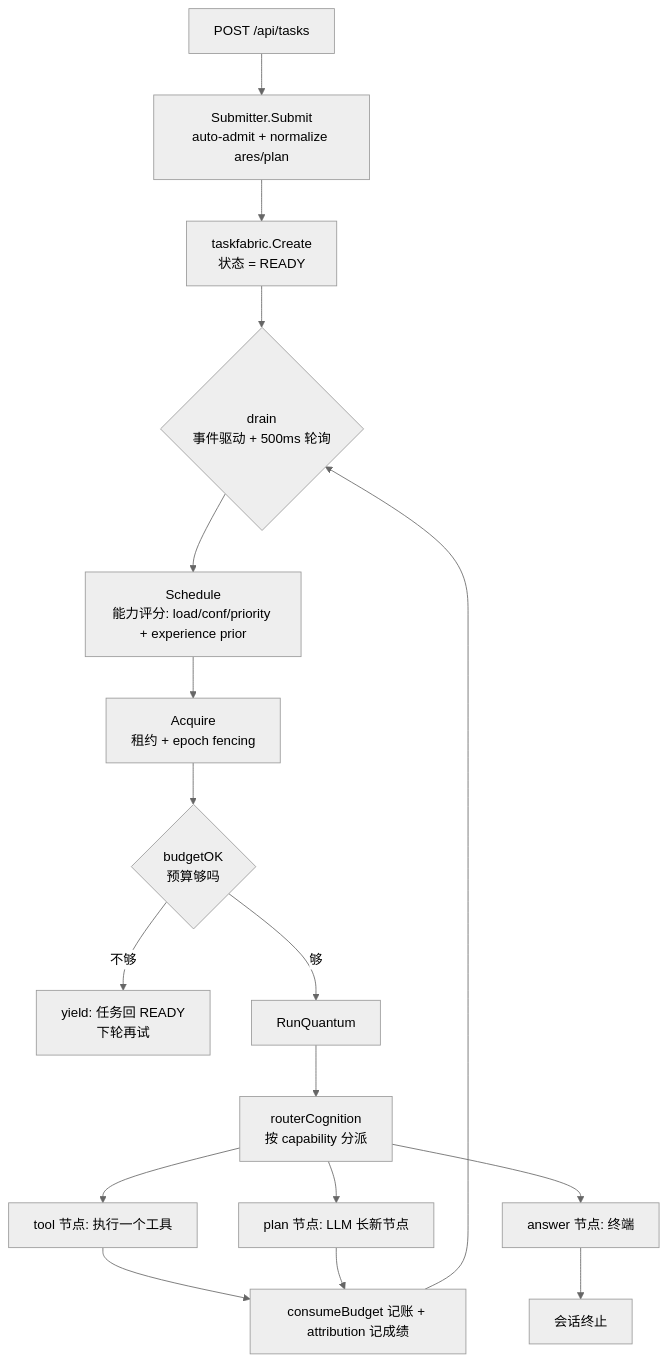
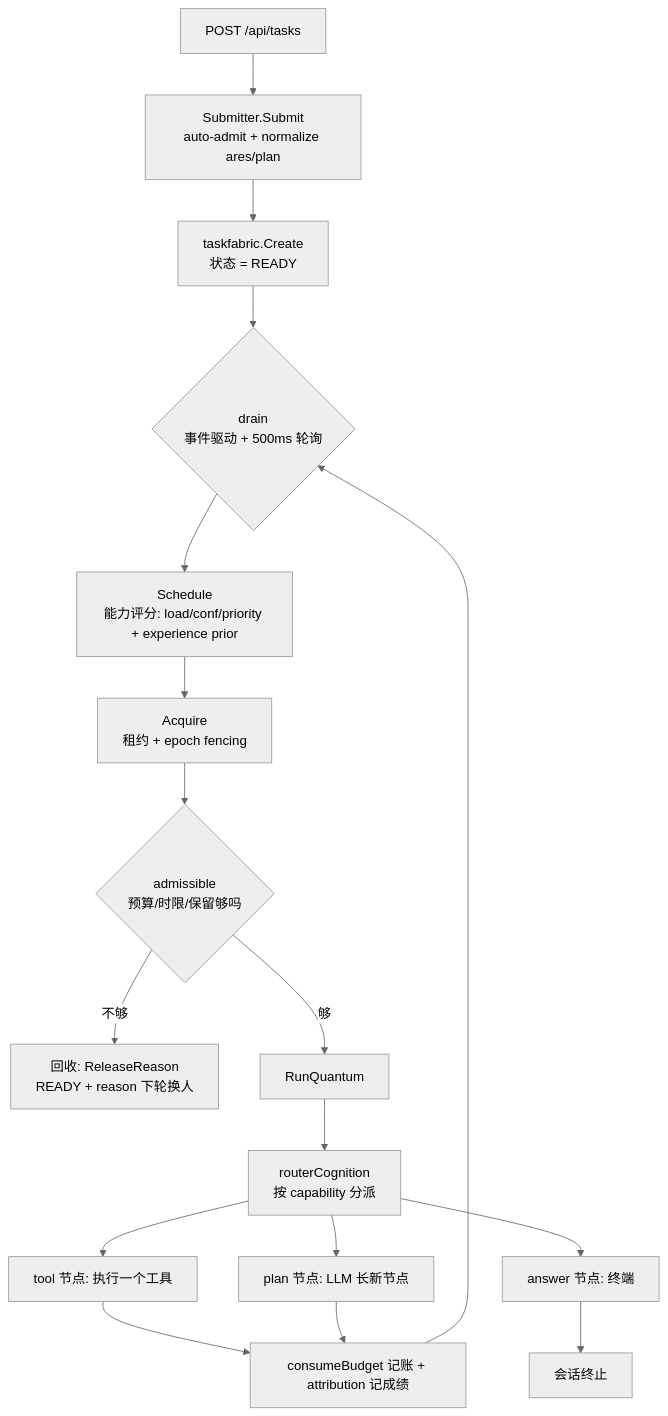
One commit to Timwood0x10/ARES changed the third of 26 diagrams in docs/system-internals.zh.md. Above: the diagram before and after it, drawn with Mermaid (neutral theme). The commit also changed other lines of this file and 61 other files, not shown here.

````diff
--- a/docs/system-internals.zh.md
+++ b/docs/system-internals.zh.md
@@ -190,19 +190,19 @@
 ```mermaid
 flowchart TD
     submit[POST /api/tasks] --> adm[Submitter.Submit<br/>auto-admit + normalize ares/plan]
     adm --> create[taskfabric.Create<br/>状态 = READY]
     create --> drain{drain<br/>事件驱动 + 500ms 轮询}
     drain --> sched[Schedule<br/>能力评分: load/conf/priority + experience prior]
     sched --> acq[Acquire<br/>租约 + epoch fencing]
-    acq --> gate{budgetOK<br/>预算够吗}
-    gate -- 不够 --> yield[yield: 任务回 READY<br/>下轮再试]
+    acq --> gate{admissible<br/>预算/时限/保留够吗}
+    gate -- 不够 --> reclaim[回收: ReleaseReason<br/>READY + reason 下轮换人]
     gate -- 够 --> run[RunQuantum]
     run --> router[routerCognition<br/>按 capability 分派]
     router --> tool[tool 节点: 执行一个工具]
     router --> plan[plan 节点: LLM 长新节点]
     router --> ans[answer 节点: 终端]
     tool --> consume[consumeBudget 记账 + attribution 记成绩]
     plan --> consume
     consume --> drain
     ans --> done[会话终止]
 ```
````
